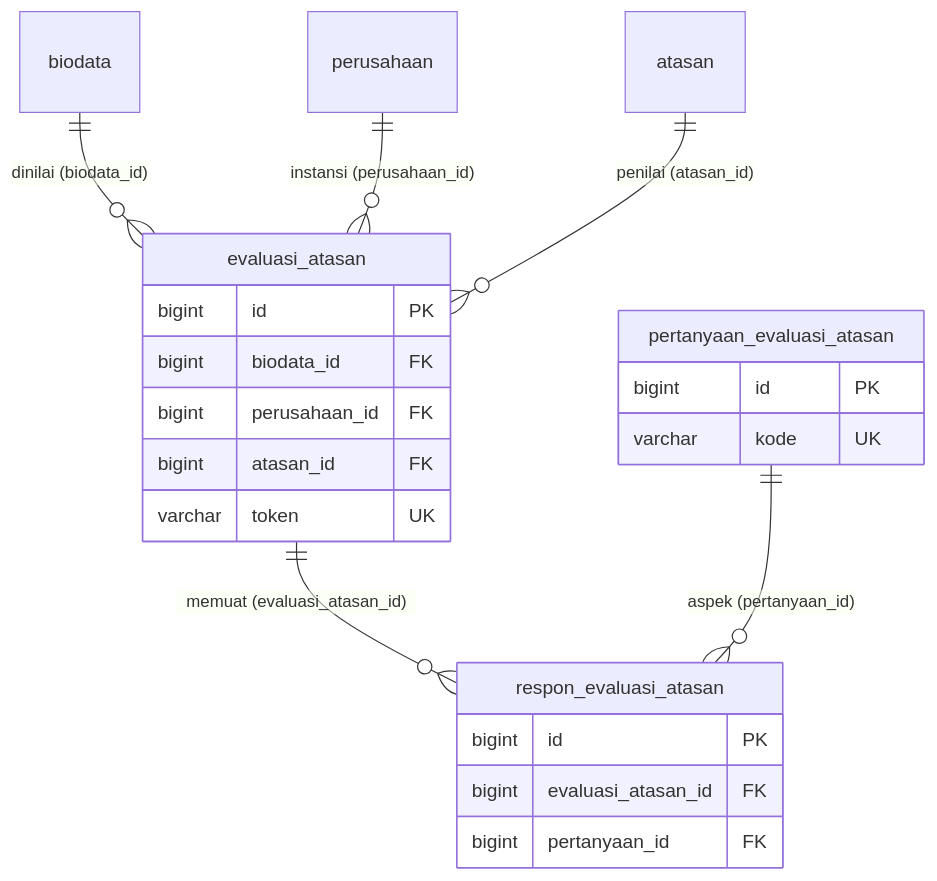
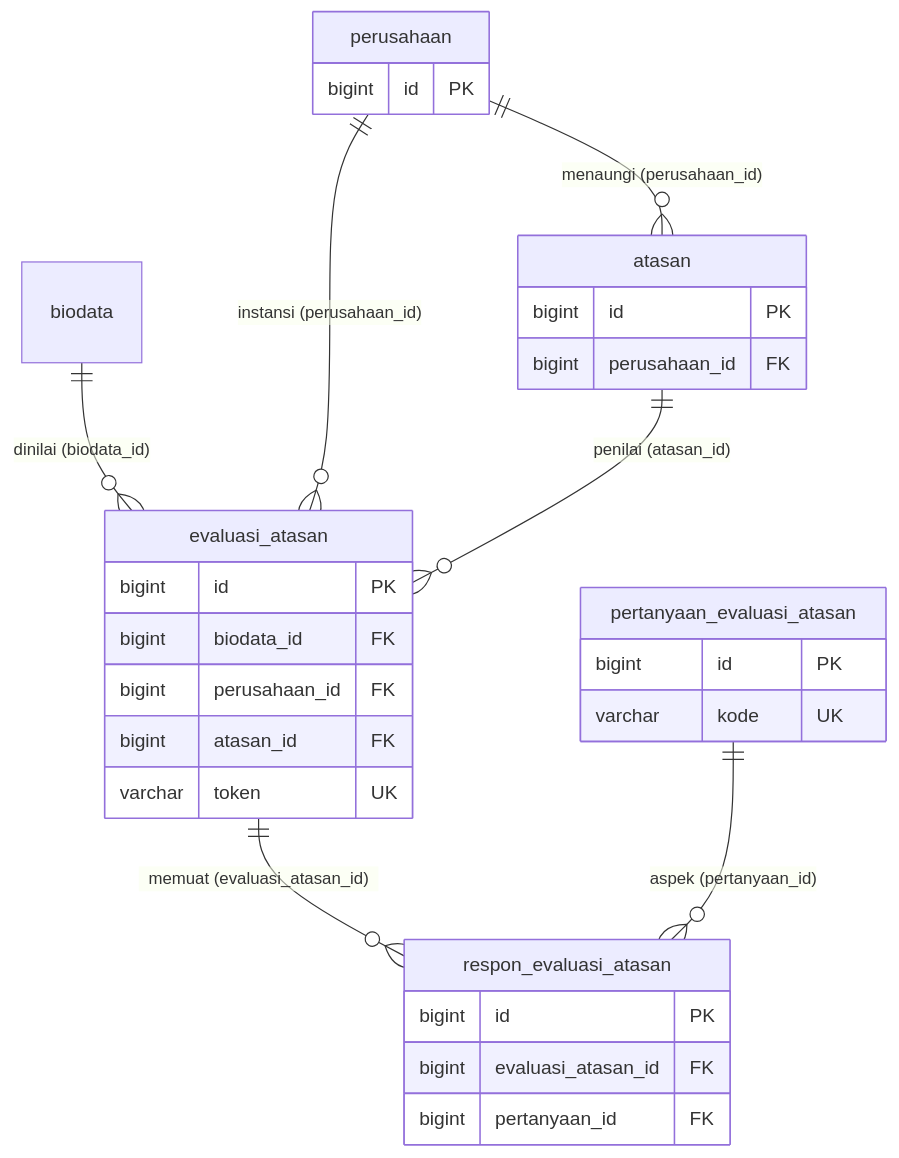
Before and after one commit to claraanjelitakd/tugas-akhir: the seventh of 8 diagrams in ERD.md, drawn with Mermaid. The commit also changed other lines of this file and 62 other files, not shown here.

````diff
--- a/ERD.md
+++ b/ERD.md
@@ -303,27 +315,37 @@
 ```mermaid
 erDiagram
+    perusahaan ||--o{ atasan : "menaungi (perusahaan_id)"
     biodata ||--o{ evaluasi_atasan : "dinilai (biodata_id)"
     perusahaan ||--o{ evaluasi_atasan : "instansi (perusahaan_id)"
     atasan ||--o{ evaluasi_atasan : "penilai (atasan_id)"
     evaluasi_atasan ||--o{ respon_evaluasi_atasan : "memuat (evaluasi_atasan_id)"
     pertanyaan_evaluasi_atasan ||--o{ respon_evaluasi_atasan : "aspek (pertanyaan_id)"
+
+    perusahaan {
+        bigint id PK
+    }
+
+    atasan {
+        bigint id PK
+        bigint perusahaan_id FK
+    }
 
     pertanyaan_evaluasi_atasan {
         bigint id PK
         varchar kode UK
     }
 
     evaluasi_atasan {
         bigint id PK
         bigint biodata_id FK
         bigint perusahaan_id FK
         bigint atasan_id FK
         varchar token UK
     }
 
     respon_evaluasi_atasan {
         bigint id PK
         bigint evaluasi_atasan_id FK
         bigint pertanyaan_id FK
     }
 ```
````
